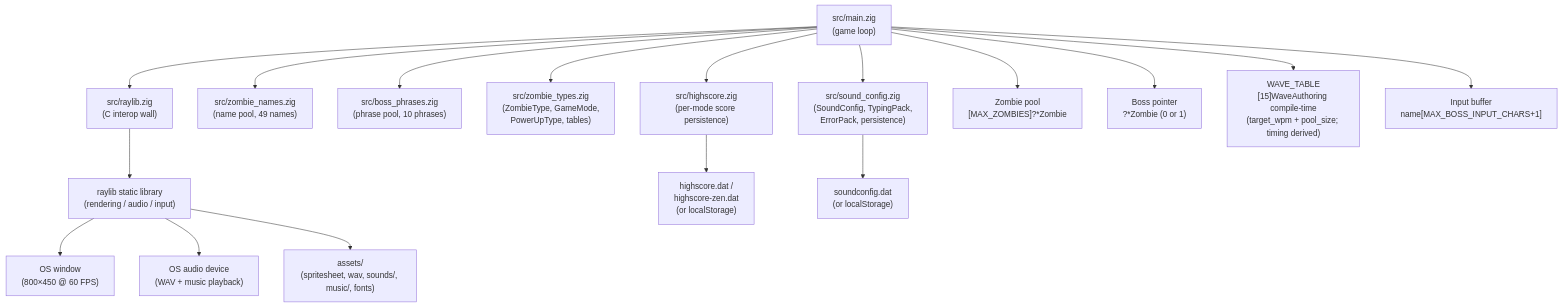
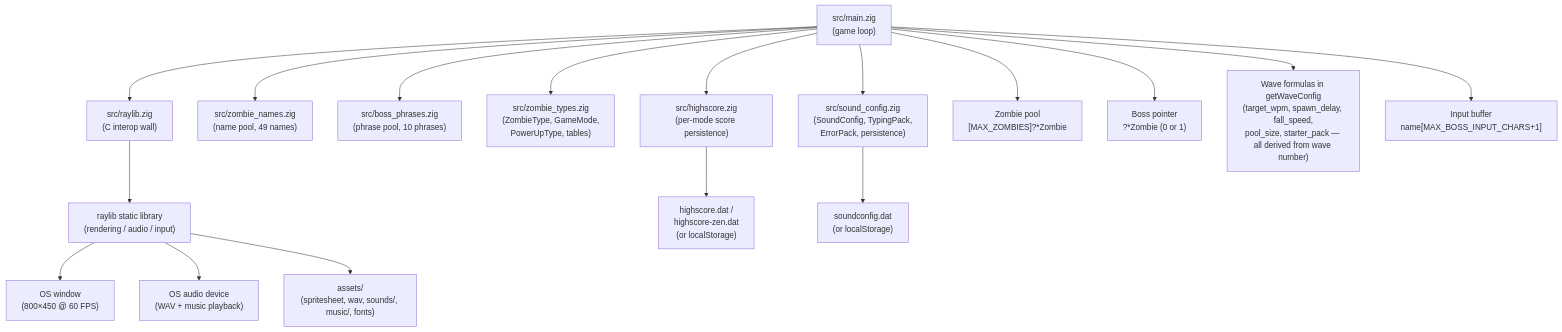
One commit to bfernandez31/death-note changed the first of 2 diagrams in specs/specifications/overview.md. Above: the diagram before and after it, drawn with Mermaid. The commit also changed other lines of this file and 6 other files, not shown here.

````diff
--- a/specs/specifications/overview.md
+++ b/specs/specifications/overview.md
@@ -52,37 +52,37 @@
 ```mermaid
 graph TB
     Main["src/main.zig\n(game loop)"]
     RaylibWrapper["src/raylib.zig\n(C interop wall)"]
     ZombieNames["src/zombie_names.zig\n(name pool, 49 names)"]
     BossPhrases["src/boss_phrases.zig\n(phrase pool, 10 phrases)"]
     ZombieTypes["src/zombie_types.zig\n(ZombieType, GameMode,\nPowerUpType, tables)"]
     Highscore["src/highscore.zig\n(per-mode score persistence)"]
     SoundConfig["src/sound_config.zig\n(SoundConfig, TypingPack,\nErrorPack, persistence)"]
     RaylibLib["raylib static library\n(rendering / audio / input)"]
     ZombiePool["Zombie pool\n[MAX_ZOMBIES]?*Zombie"]
     BossPtr["Boss pointer\n?*Zombie (0 or 1)"]
-    WaveTable["WAVE_TABLE\n[15]WaveAuthoring compile-time\n(target_wpm + pool_size; timing derived)"]
+    WaveFormulas["Wave formulas in getWaveConfig\n(target_wpm, spawn_delay, fall_speed,\npool_size, starter_pack — all derived from wave number)"]
     Assets["assets/\n(spritesheet, wav, sounds/, music/, fonts)"]
     Window["OS window\n(800×450 @ 60 FPS)"]
     AudioDevice["OS audio device\n(WAV + music playback)"]
     InputBuf["Input buffer\nname[MAX_BOSS_INPUT_CHARS+1]"]
     HighscoreDat["highscore.dat /\nhighscore-zen.dat\n(or localStorage)"]
     SoundDat["soundconfig.dat\n(or localStorage)"]
 
     Main --> RaylibWrapper
     Main --> ZombieNames
     Main --> BossPhrases
     Main --> ZombieTypes
     Main --> Highscore
     Main --> SoundConfig
     Main --> ZombiePool
     Main --> BossPtr
-    Main --> WaveTable
+    Main --> WaveFormulas
     Main --> InputBuf
     RaylibWrapper --> RaylibLib
     RaylibLib --> Window
     RaylibLib --> AudioDevice
     RaylibLib --> Assets
     Highscore --> HighscoreDat
     SoundConfig --> SoundDat
 ```
````
